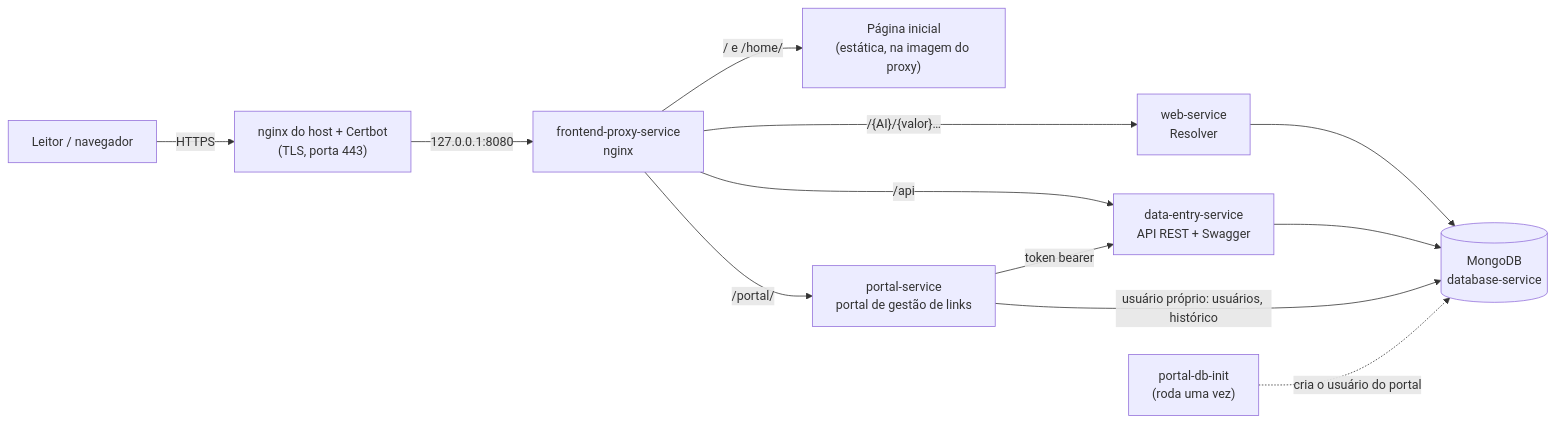
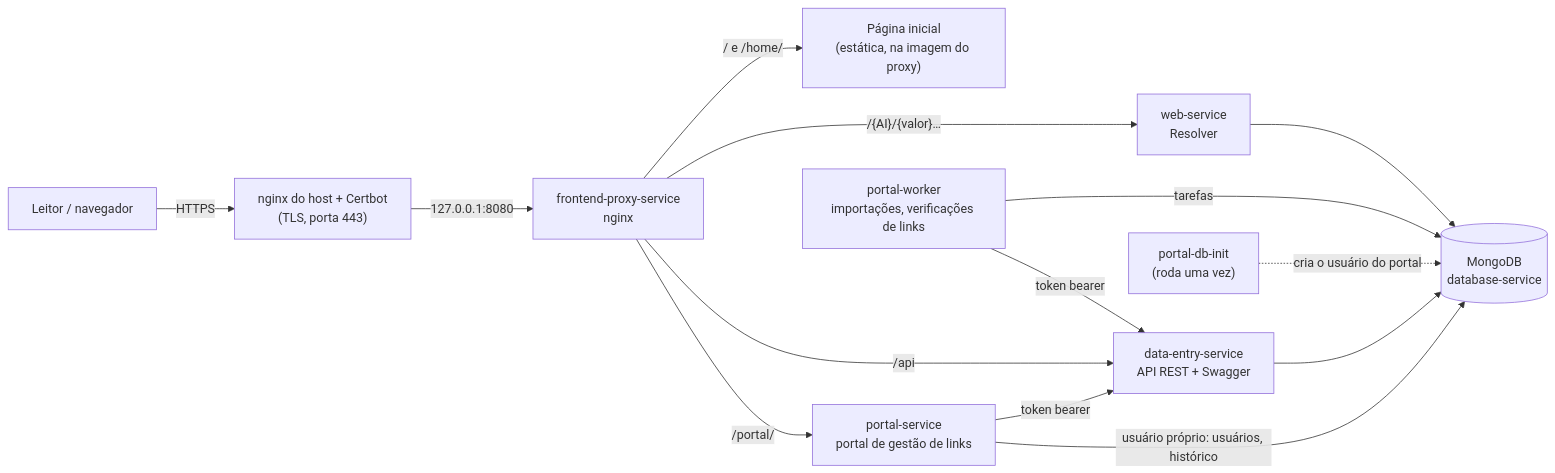
One commit to ricardomelo/GS1_DigitalLink_Resolver_CE changed the diagram in Documentation/pt-BR/README.md. Above: the diagram before and after it, drawn with Mermaid. The commit also changed other lines of this file and 28 other files, not shown here.

````diff
--- a/Documentation/pt-BR/README.md
+++ b/Documentation/pt-BR/README.md
@@ -101,14 +101,16 @@
 ```mermaid
 flowchart LR
     client["Leitor / navegador"] -->|HTTPS| edge["nginx do host + Certbot<br/>(TLS, porta 443)"]
     edge -->|"127.0.0.1:8080"| proxy["frontend-proxy-service<br/>nginx"]
     proxy -->|"/  e  /home/"| home["Página inicial<br/>(estática, na imagem do proxy)"]
     proxy -->|"/{AI}/{valor}…"| web["web-service<br/>Resolver"]
     proxy -->|"/api"| de["data-entry-service<br/>API REST + Swagger"]
     proxy -->|"/portal/"| portal["portal-service<br/>portal de gestão de links"]
     portal -->|"token bearer"| de
     web --> db[("MongoDB<br/>database-service")]
     de --> db
     portal -->|"usuário próprio: usuários, histórico"| db
     init["portal-db-init<br/>(roda uma vez)"] -.->|"cria o usuário do portal"| db
+    worker["portal-worker<br/>importações, verificações de links"] -->|"tarefas"| db
+    worker -->|"token bearer"| de
 ```
````
